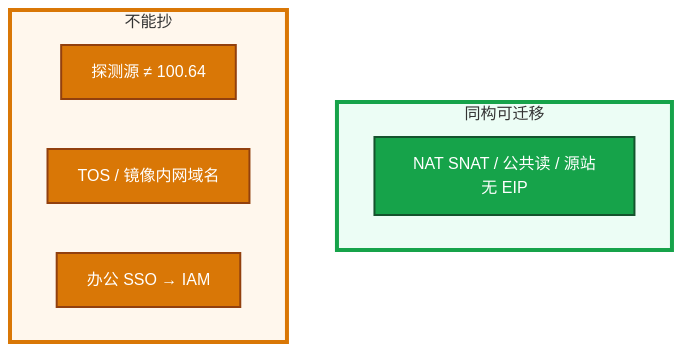
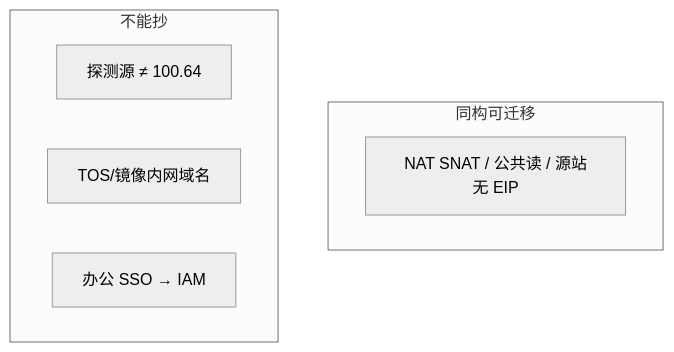
The first of 6 diagrams in 06-云平台/08-火山引擎生产/练习题.md (ml-cuizijun/LearnToLilith), drawn with Mermaid (neutral theme) before and after one commit. The commit also changed other lines of this file and 470 other files, not shown here.

````diff
--- a/06-云平台/08-火山引擎生产/练习题.md
+++ b/06-云平台/08-火山引擎生产/练习题.md
@@ -45,17 +48,11 @@
 ```mermaid
 flowchart TB
-    subgraph same ["同构可迁移"]
-        a[NAT SNAT / 公共读 / 源站无 EIP]
+    subgraph same["同构可迁移"]
+        a["NAT SNAT / 公共读 / 源站无 EIP"]
     end
-    subgraph diff ["不能抄"]
-        b[探测源 ≠ 100.64]
-        c[TOS / 镜像内网域名]
-        d[办公 SSO → IAM]
+    subgraph diff["不能抄"]
+        b["探测源 ≠ 100.64"]
+        c["TOS/镜像内网域名"]
+        d["办公 SSO → IAM"]
     end
-    classDef o fill:#16A34A,stroke:#14532D,stroke-width:2px,color:#fff
-    classDef x fill:#D97706,stroke:#92400E,stroke-width:2px,color:#fff
-    class a o
-    class b,c,d x
-    style same fill:#ECFDF5,stroke:#16A34A,stroke-width:4px
-    style diff fill:#FFF7ED,stroke:#D97706,stroke-width:4px
 ```
````
